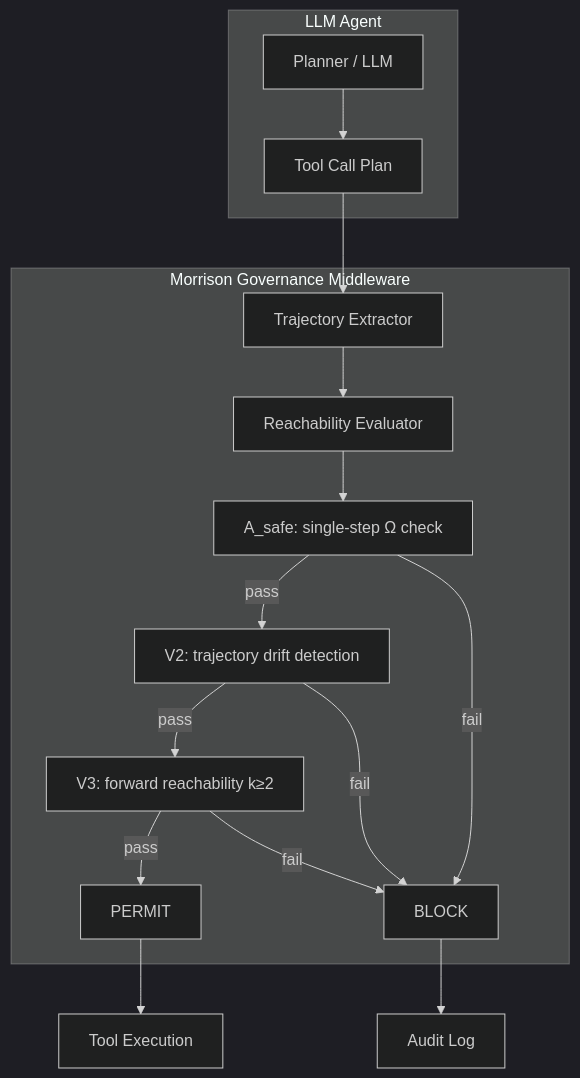
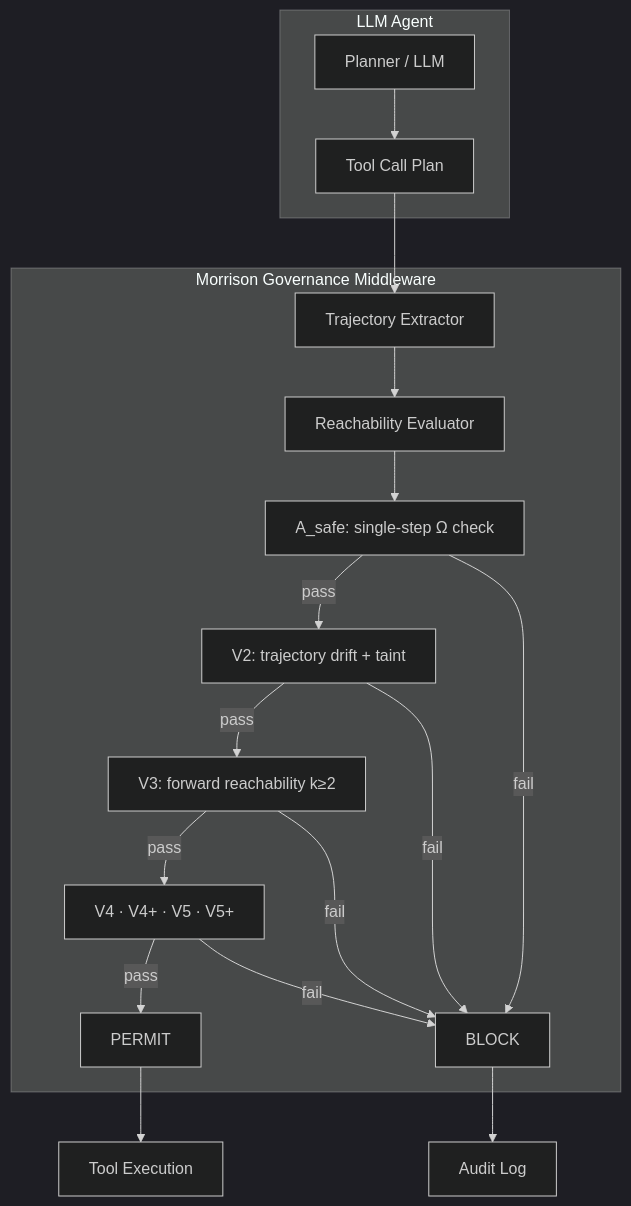
One commit to davarntrades/Morrison-Runtime-Governance changed the third of 4 diagrams in README.md. Above: the diagram before and after it, drawn with Mermaid (dark theme). The commit also changed other lines of this file and 1 other file, not shown here.

````diff
--- a/README.md
+++ b/README.md
@@ -157,21 +286,21 @@
 ```mermaid
 graph TD
     subgraph "LLM Agent"
         P[Planner / LLM] --> TC[Tool Call Plan]
     end
-
     subgraph "Morrison Governance Middleware"
         TC --> TE[Trajectory Extractor]
         TE --> RE[Reachability Evaluator]
         RE --> AS[A_safe: single-step Ω check]
-        AS -->|pass| V2[V2: trajectory drift detection]
+        AS -->|pass| V2[V2: trajectory drift + taint]
         V2 -->|pass| V3[V3: forward reachability k≥2]
-        V3 -->|pass| PERMIT[PERMIT]
+        V3 -->|pass| MORE[V4 · V4+ · V5 · V5+]
+        MORE -->|pass| PERMIT[PERMIT]
         AS -->|fail| BLOCK[BLOCK]
         V2 -->|fail| BLOCK
         V3 -->|fail| BLOCK
+        MORE -->|fail| BLOCK
     end
-
     PERMIT --> EX[Tool Execution]
     BLOCK --> LOG[Audit Log]
 ```
````
